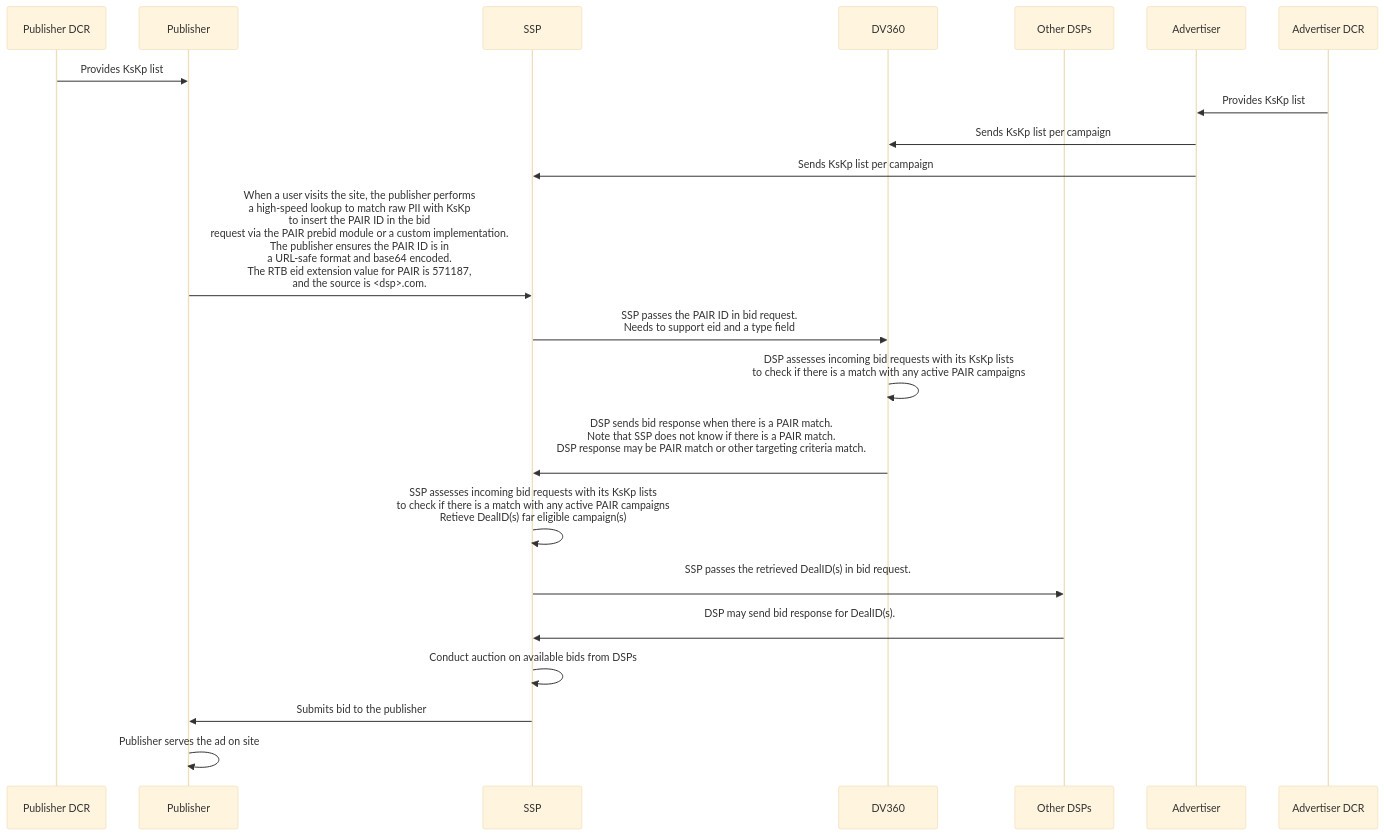
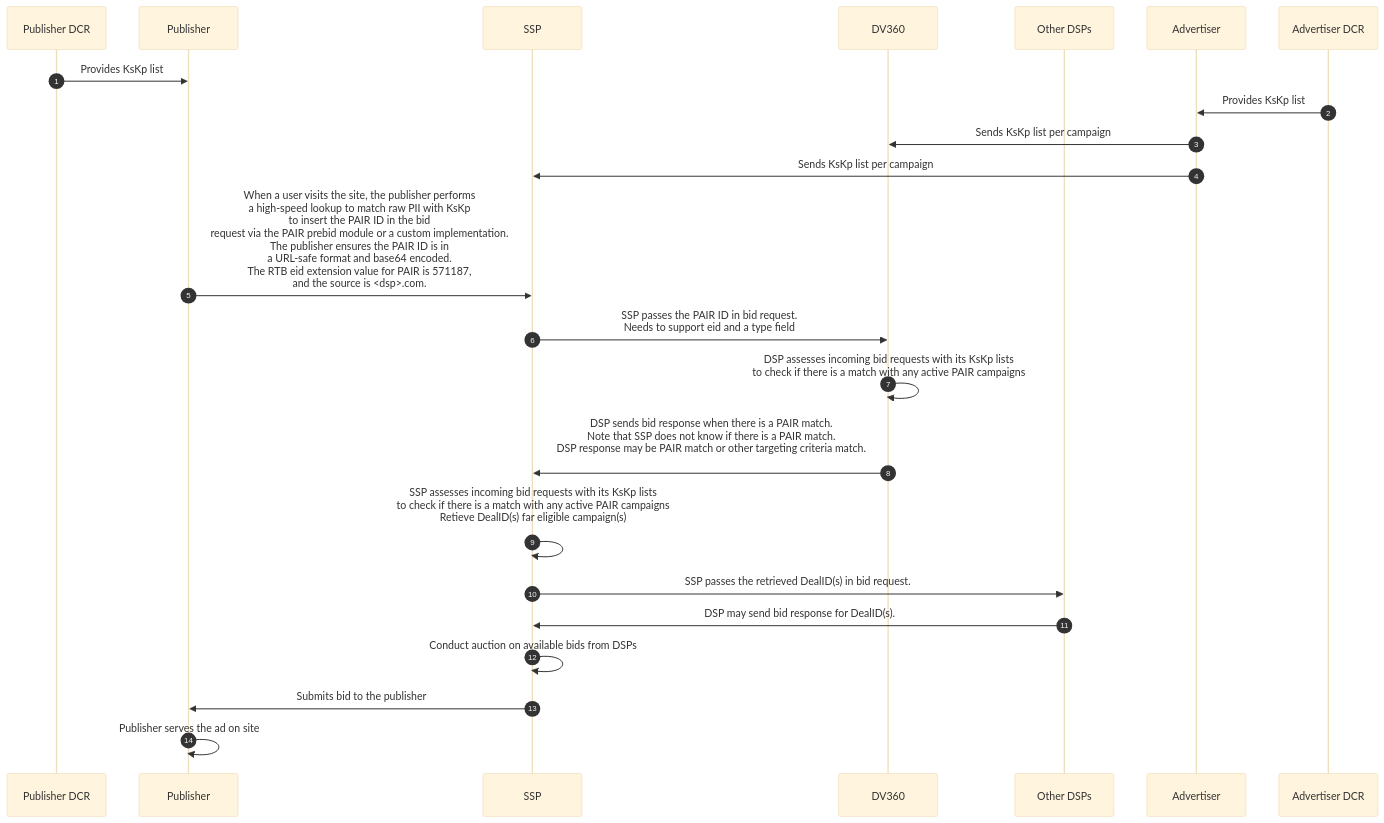
The diagram in PAIR/Activate_In_SSP.md (pm-harshad-mane/Diagrams), drawn with Mermaid before and after one commit.

````diff
--- a/PAIR/Activate_In_SSP.md
+++ b/PAIR/Activate_In_SSP.md
@@ -1,33 +1,33 @@
 ```mermaid
 %%{init: {'theme': 'base', 'themeVariables': { 'participantBkgColor': '#f0f0f0', 'participantBorderColor': '#000000' }}}%%
 sequenceDiagram
-
+autoNumber
 participant PC as Publisher DCR
 participant Pub as Publisher
 participant SSP
 participant DSP as DV360
 participant DSP2 as Other DSPs
 participant Adv as Advertiser
 participant AC as Advertiser DCR
 
 PC->>Pub: Provides KsKp list
 AC->>Adv: Provides KsKp list
 Adv->>DSP: Sends KsKp list per campaign
 Adv->>SSP: Sends KsKp list per campaign
 
 Pub->>SSP: When a user visits the site, the publisher performs <br/>a high-speed lookup to match raw PII with KsKp <br/> to insert the PAIR ID in the bid <br/> request via the PAIR prebid module or a custom implementation.<br/>The publisher ensures the PAIR ID is in <br/> a URL-safe format and base64 encoded. <br/>The RTB eid extension value for PAIR is 571187, <br/>and the source is <dsp>.com.
 
 SSP->>DSP: SSP passes the PAIR ID in bid request.<br/> Needs to support eid and a type field
 DSP->>DSP: DSP assesses incoming bid requests with its KsKp lists <br/>to check if there is a match with any active PAIR campaigns
 DSP->>SSP: DSP sends bid response when there is a PAIR match.<br/>Note that SSP does not know if there is a PAIR match.<br/> DSP response may be PAIR match or other targeting criteria match.<br/>
 
-SSP->>SSP: SSP assesses incoming bid requests with its KsKp lists <br/>to check if there is a match with any active PAIR campaigns<br/> Retieve DealID(s) far eligible campaign(s)
-SSP->>DSP2: SSP passes the retrieved DealID(s) in bid request.<br/>
-DSP2->>SSP: DSP may send bid response for DealID(s).<br/>
+SSP->>SSP: SSP assesses incoming bid requests with its KsKp lists <br/>to check if there is a match with any active PAIR campaigns<br/> Retieve DealID(s) far eligible campaign(s)<br/>
+SSP->>DSP2: SSP passes the retrieved DealID(s) in bid request.
+DSP2->>SSP: DSP may send bid response for DealID(s).
 
 SSP->>SSP: Conduct auction on available bids from DSPs
 
 SSP->>Pub: Submits bid to the publisher
 Pub->>Pub: Publisher serves the ad on site
 
 ```
````
